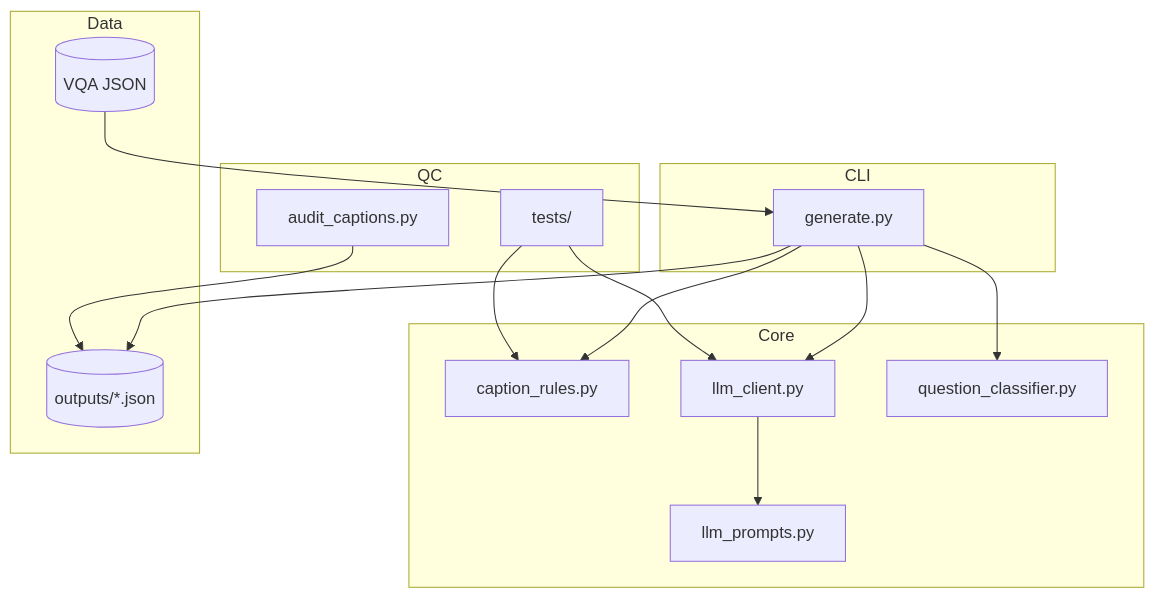
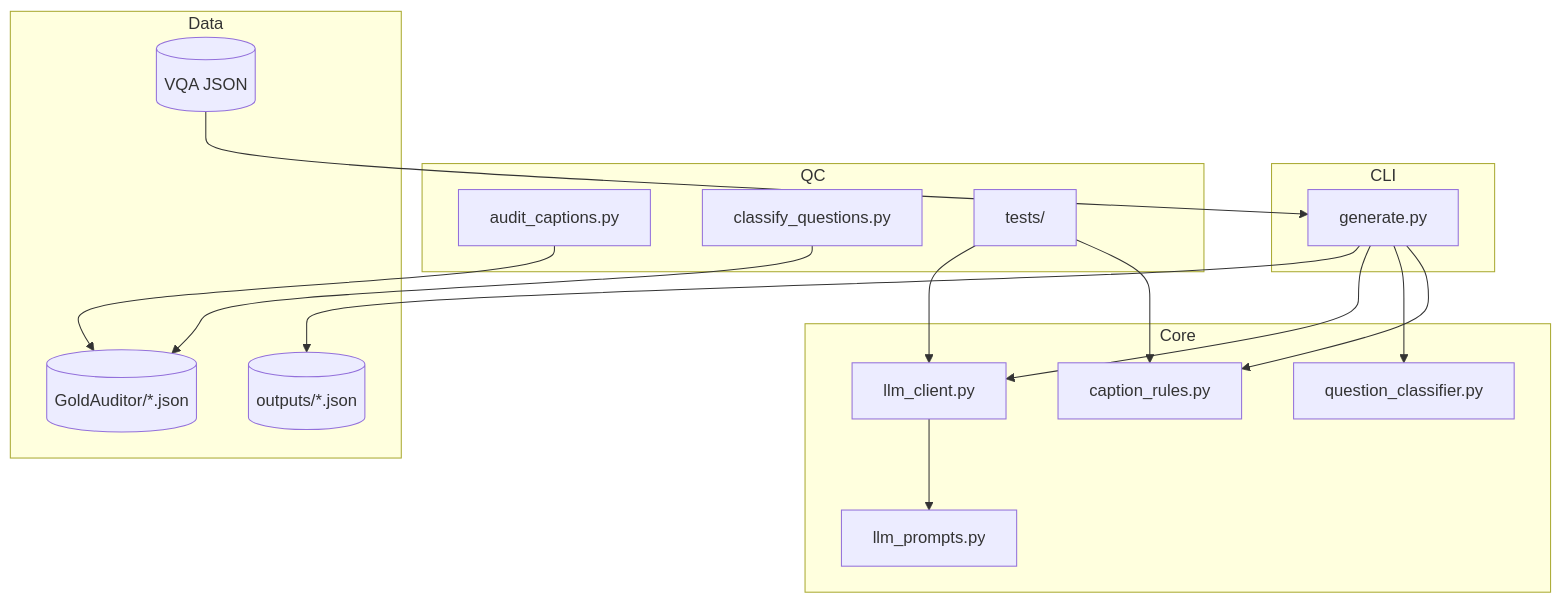
The second of 6 diagrams in QuestionDependentCaptionGenerator/architecture/architecture.en.md (MahdiRuzmeh/ImageCaptioningImprovedVisualQuestionAnswering), drawn with Mermaid before and after one commit. The commit also changed other lines of this file and 14 other files, not shown here.

Commit message:
feat: Implement audit_captions and classify_questions to tune validator and classifiyer.

````diff
--- a/QuestionDependentCaptionGenerator/architecture/architecture.en.md
+++ b/QuestionDependentCaptionGenerator/architecture/architecture.en.md
@@ -37,29 +37,32 @@
 ```mermaid
 flowchart TB
   subgraph cli [CLI]
     GEN[generate.py]
   end
   subgraph core [Core]
     RULES[caption_rules.py]
     PROMPT[llm_prompts.py]
     LLM[llm_client.py]
     CLS[question_classifier.py]
   end
   subgraph qc [QC]
     AUDIT[audit_captions.py]
+    CLFGOLD[classify_questions.py]
     TESTS[tests/]
   end
   subgraph data [Data]
     VQA[(VQA JSON)]
     OUT[(outputs/*.json)]
+    GOLD[(GoldAuditor/*.json)]
   end
   VQA --> GEN
   GEN --> RULES
   GEN --> CLS
   GEN --> LLM
   LLM --> PROMPT
   GEN --> OUT
-  AUDIT --> OUT
+  AUDIT --> GOLD
+  CLFGOLD --> GOLD
   TESTS --> RULES
   TESTS --> LLM
 ```
````
